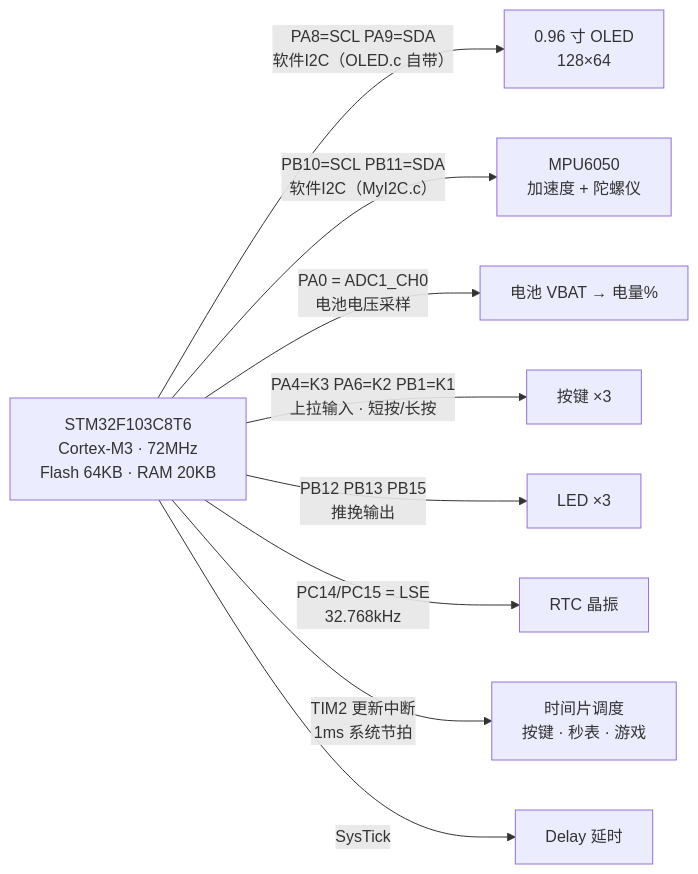
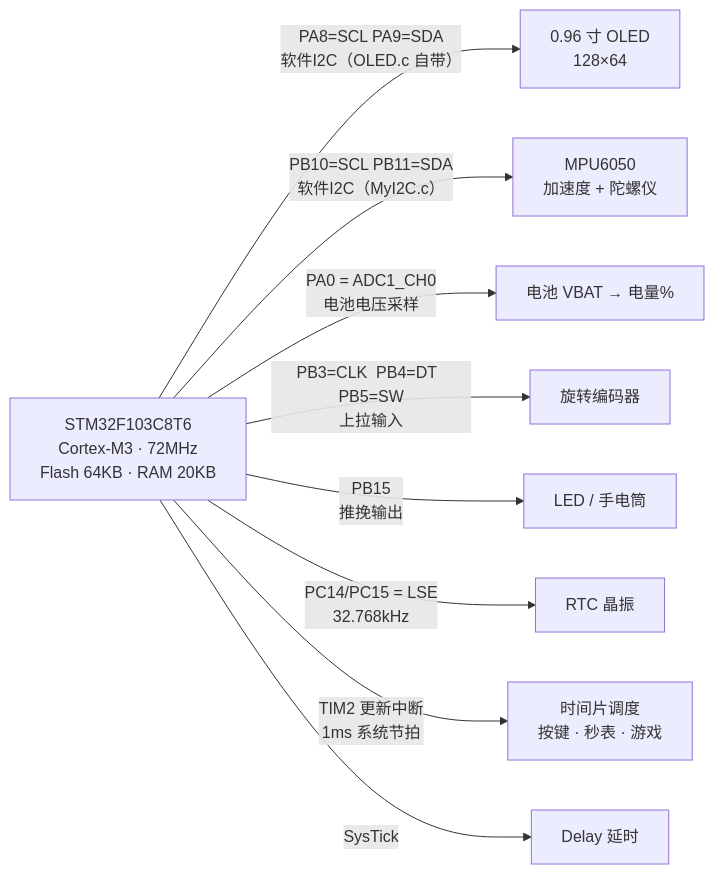
Before and after one commit to Ghdhdhhake/WatchTEST: the second of 2 diagrams in ARCHITECTURE.md, drawn with Mermaid. The commit also changed other lines of this file and 21 other files, not shown here.

````diff
--- a/ARCHITECTURE.md
+++ b/ARCHITECTURE.md
@@ -131,13 +131,13 @@
 ```mermaid
 flowchart LR
     MCU["STM32F103C8T6<br/>Cortex-M3 · 72MHz<br/>Flash 64KB · RAM 20KB"]
 
     MCU -->|"PA8=SCL  PA9=SDA<br/>软件I2C（OLED.c 自带）"| O1["0.96 寸 OLED<br/>128×64"]
     MCU -->|"PB10=SCL  PB11=SDA<br/>软件I2C（MyI2C.c）"| O2["MPU6050<br/>加速度 + 陀螺仪"]
     MCU -->|"PA0 = ADC1_CH0<br/>电池电压采样"| O3["电池 VBAT → 电量%"]
-    MCU -->|"PA4=K3  PA6=K2  PB1=K1<br/>上拉输入 · 短按/长按"| O4["按键 ×3"]
-    MCU -->|"PB12  PB13  PB15<br/>推挽输出"| O5["LED ×3"]
+    MCU -->|"PB3=CLK  PB4=DT  PB5=SW<br/>上拉输入"| O4["旋转编码器"]
+    MCU -->|"PB15<br/>推挽输出"| O5["LED / 手电筒"]
     MCU -->|"PC14/PC15 = LSE<br/>32.768kHz"| O6["RTC 晶振"]
     MCU -->|"TIM2 更新中断<br/>1ms 系统节拍"| O7["时间片调度<br/>按键 · 秒表 · 游戏"]
     MCU -->|"SysTick"| O8["Delay 延时"]
 ```
````
